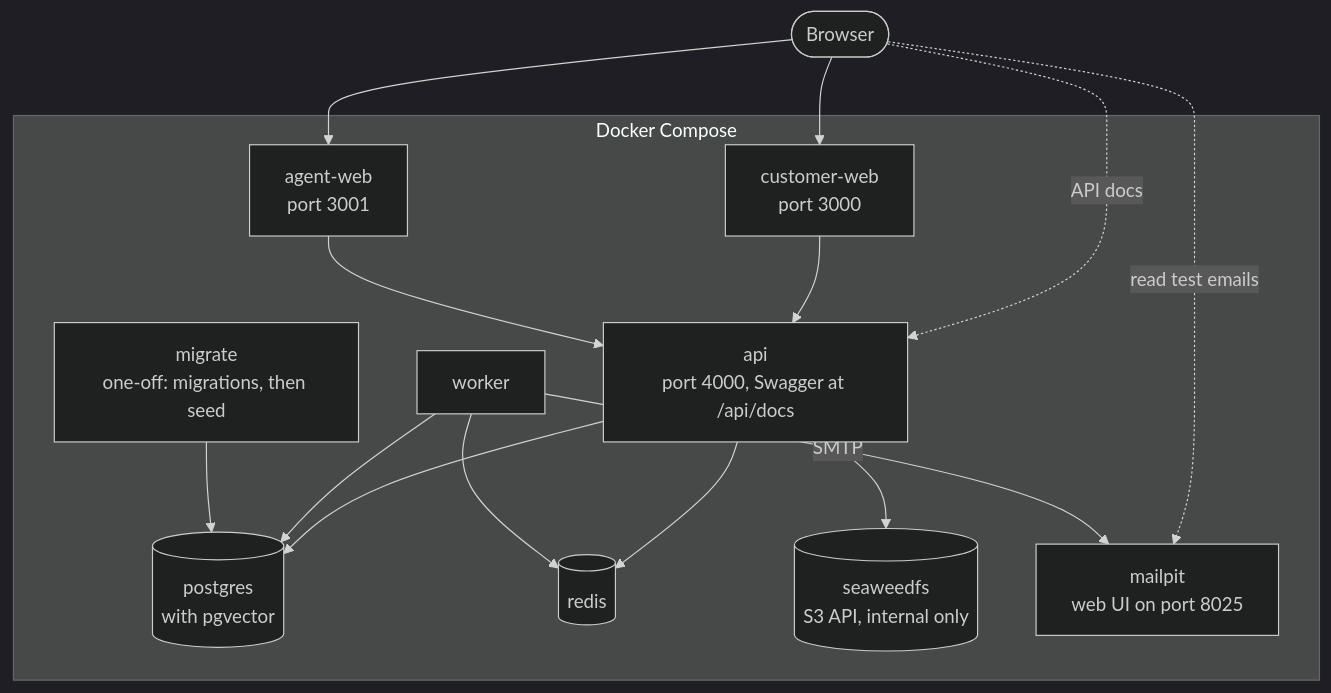
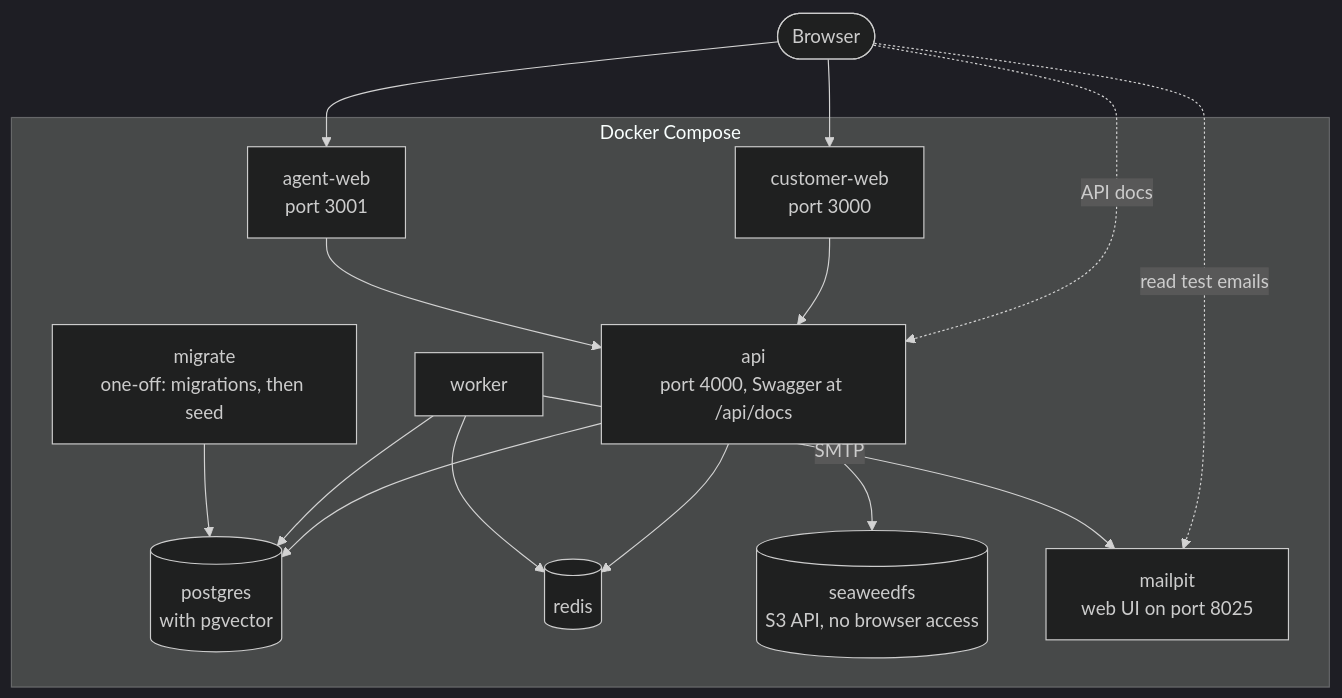
The eighth of 8 diagrams in docs/ARCHITECTURE.md (AqeelDEV/dsd-support-system), drawn with Mermaid (dark theme) before and after one commit. The commit also changed other lines of this file and 2 other files, not shown here.

First line of the commit message:
docs: update the architecture, data model and README for the ticket API

````diff
--- a/docs/ARCHITECTURE.md
+++ b/docs/ARCHITECTURE.md
@@ -337,28 +337,28 @@
 ```mermaid
 flowchart TB
     browser(["Browser"])
     subgraph compose["Docker Compose"]
         cweb["customer-web<br/>port 3000"]
         aweb["agent-web<br/>port 3001"]
         api["api<br/>port 4000, Swagger at /api/docs"]
         worker["worker"]
         migrate["migrate<br/>one-off: migrations, then seed"]
         pg[("postgres<br/>with pgvector")]
         redis[("redis")]
-        s3[("seaweedfs<br/>S3 API, internal only")]
+        s3[("seaweedfs<br/>S3 API, no browser access")]
         mailpit["mailpit<br/>web UI on port 8025"]
     end
     browser --> cweb
     browser --> aweb
     browser -.->|API docs| api
     browser -.->|read test emails| mailpit
     cweb --> api
     aweb --> api
     api --> pg
     api --> redis
     api --> s3
     worker --> pg
     worker --> redis
     worker -->|SMTP| mailpit
     migrate --> pg
 ```
````
